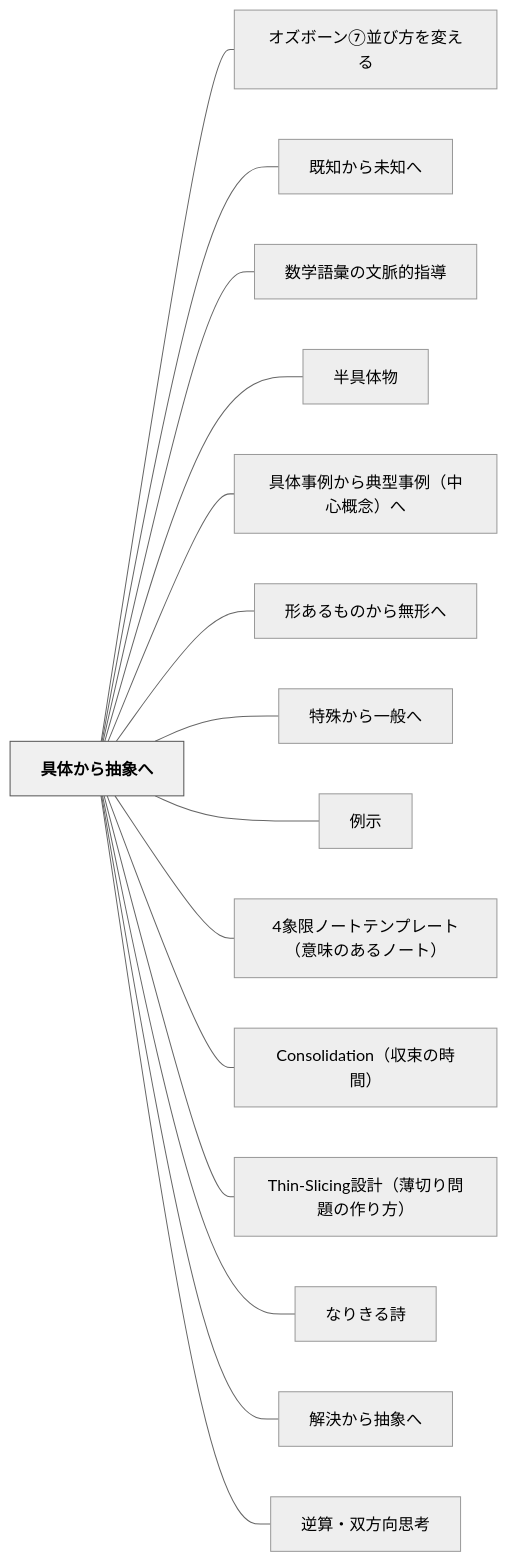
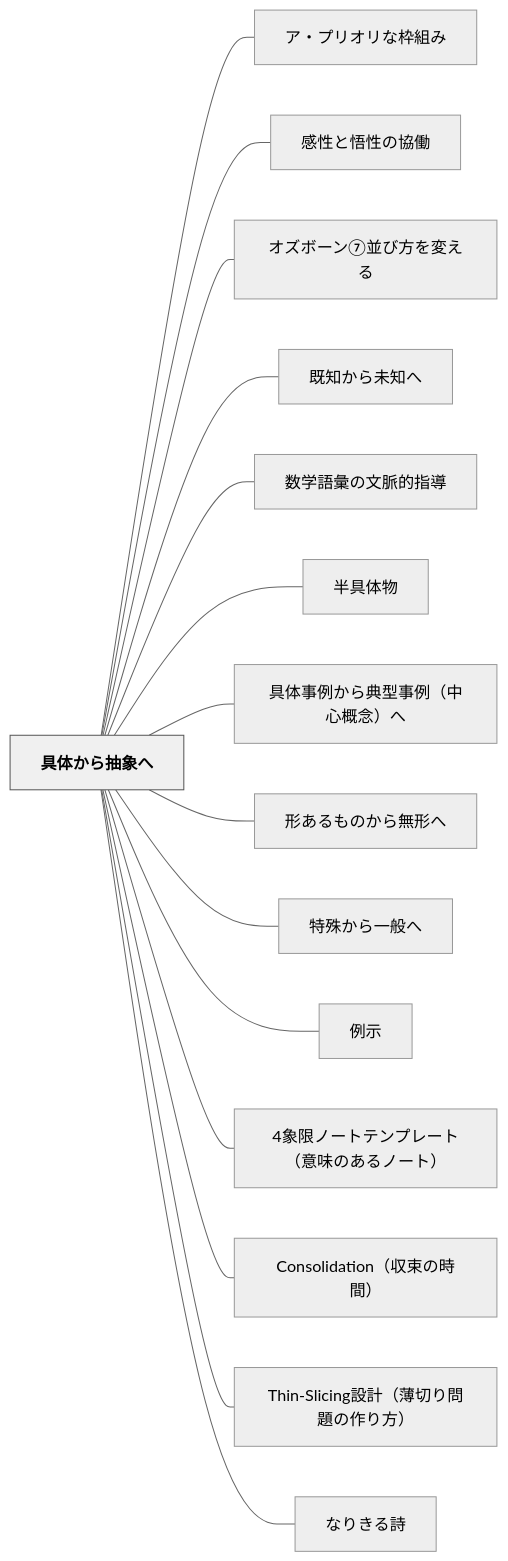
The diagram in content/パタン/具体から抽象へ.md (unknownthings-ed-patterns/unknownthings-ed-patterns), drawn with Mermaid (neutral theme) before and after one commit. The commit also changed other lines of this file and 18 other files, not shown here.

````diff
--- a/content/パタン/具体から抽象へ.md
+++ b/content/パタン/具体から抽象へ.md
@@ -45,36 +56,36 @@
 ```mermaid
 flowchart LR
     ne585b7e4bd93e3818be38289e68abde8b1a1e381b8["具体から抽象へ"]
+    ne382a2e383bbe38397e383aae382aae383aae381aae69ea0e7b584e381bf["ア・プリオリな枠組み"]
+    ne6849fe680a7e381a8e6829fe680a7e381aee58d94e5838d["感性と悟性の協働"]
     ne382aae382bae3839ce383bce383b3e291a6e4b8a6e381b3e696b9e38292e5a489e38188e3828b["オズボーン⑦並び方を変える"]
     ne697a2e79fa5e3818be38289e69caae79fa5e381b8["既知から未知へ"]
     ne695b0e5ada6e8aa9ee5bd99e381aee69687e88488e79a84e68c87e5b08e["数学語彙の文脈的指導"]
     ne58d8ae585b7e4bd93e789a9["半具体物"]
     ne585b7e4bd93e4ba8be4be8be3818be38289e585b8e59e8be4ba8be4be8befbc88e4b8ade5bf83e6a682e5bfb5efbc89e381b8["具体事例から典型事例（中心概念）へ"]
     ne5bda2e38182e3828be38282e381aee3818be38289e784a1e5bda2e381b8["形あるものから無形へ"]
     ne789b9e6ae8ae3818be38289e4b880e888ace381b8["特殊から一般へ"]
     ne4be8be7a4ba["例示"]
     n34e8b1a1e99990e3838ee383bce38388e38386e383b3e38397e383ace383bce38388efbc88e6848fe591b3e381aee38182e3828be3838ee383bce38388efbc89["4象限ノートテンプレート（意味のあるノート）"]
     n436f6e736f6c69646174696f6eefbc88e58f8ee69d9fe381aee69982e99693efbc89["Consolidation（収束の時間）"]
     n5468696e2d536c6963696e67e8a8ade8a888efbc88e89684e58887e3828ae5958fe9a18ce381aee4bd9ce3828ae696b9efbc89["Thin-Slicing設計（薄切り問題の作り方）"]
     ne381aae3828ae3818de3828be8a9a9["なりきる詩"]
-    ne8a7a3e6b1bae3818be38289e68abde8b1a1e381b8["解決から抽象へ"]
-    ne98086e7ae97e383bbe58f8ce696b9e59091e6809de88083["逆算・双方向思考"]
 
+    ne585b7e4bd93e3818be38289e68abde8b1a1e381b8 --- ne382a2e383bbe38397e383aae382aae383aae381aae69ea0e7b584e381bf
+    ne585b7e4bd93e3818be38289e68abde8b1a1e381b8 --- ne6849fe680a7e381a8e6829fe680a7e381aee58d94e5838d
     ne585b7e4bd93e3818be38289e68abde8b1a1e381b8 --- ne382aae382bae3839ce383bce383b3e291a6e4b8a6e381b3e696b9e38292e5a489e38188e3828b
     ne585b7e4bd93e3818be38289e68abde8b1a1e381b8 --- ne697a2e79fa5e3818be38289e69caae79fa5e381b8
     ne585b7e4bd93e3818be38289e68abde8b1a1e381b8 --- ne695b0e5ada6e8aa9ee5bd99e381aee69687e88488e79a84e68c87e5b08e
     ne585b7e4bd93e3818be38289e68abde8b1a1e381b8 --- ne58d8ae585b7e4bd93e789a9
     ne585b7e4bd93e3818be38289e68abde8b1a1e381b8 --- ne585b7e4bd93e4ba8be4be8be3818be38289e585b8e59e8be4ba8be4be8befbc88e4b8ade5bf83e6a682e5bfb5efbc89e381b8
     ne585b7e4bd93e3818be38289e68abde8b1a1e381b8 --- ne5bda2e38182e3828be38282e381aee3818be38289e784a1e5bda2e381b8
     ne585b7e4bd93e3818be38289e68abde8b1a1e381b8 --- ne789b9e6ae8ae3818be38289e4b880e888ace381b8
     ne585b7e4bd93e3818be38289e68abde8b1a1e381b8 --- ne4be8be7a4ba
     ne585b7e4bd93e3818be38289e68abde8b1a1e381b8 --- n34e8b1a1e99990e3838ee383bce38388e38386e383b3e38397e383ace383bce38388efbc88e6848fe591b3e381aee38182e3828be3838ee383bce38388efbc89
     ne585b7e4bd93e3818be38289e68abde8b1a1e381b8 --- n436f6e736f6c69646174696f6eefbc88e58f8ee69d9fe381aee69982e99693efbc89
     ne585b7e4bd93e3818be38289e68abde8b1a1e381b8 --- n5468696e2d536c6963696e67e8a8ade8a888efbc88e89684e58887e3828ae5958fe9a18ce381aee4bd9ce3828ae696b9efbc89
     ne585b7e4bd93e3818be38289e68abde8b1a1e381b8 --- ne381aae3828ae3818de3828be8a9a9
-    ne585b7e4bd93e3818be38289e68abde8b1a1e381b8 --- ne8a7a3e6b1bae3818be38289e68abde8b1a1e381b8
-    ne585b7e4bd93e3818be38289e68abde8b1a1e381b8 --- ne98086e7ae97e383bbe58f8ce696b9e59091e6809de88083
 
     classDef hub fill:#f0f0f0,stroke:#555,color:#000,font-weight:bold
     class ne585b7e4bd93e3818be38289e68abde8b1a1e381b8 hub
 ```
````
